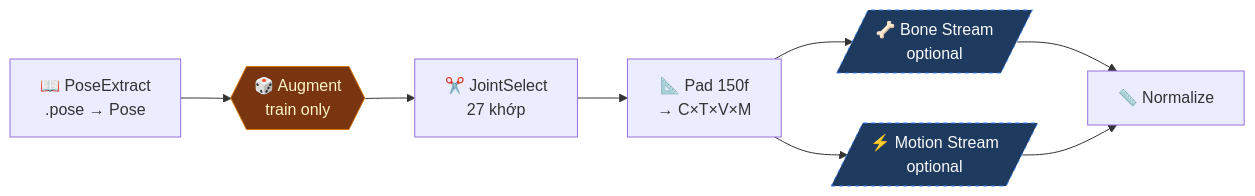
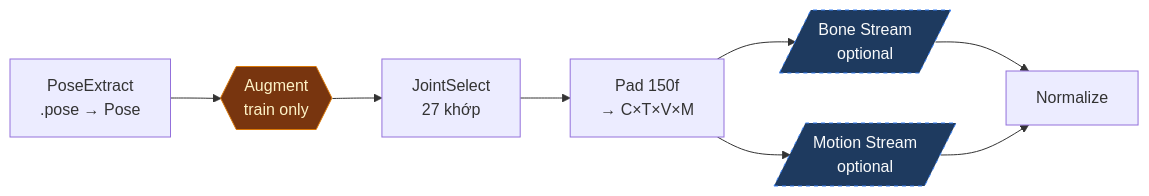
The third of 3 diagrams in docs/architecture_analysis.md (thanhbinh55/VietnameseSignLanguageRecognition_vsl400), drawn with Mermaid before and after one commit. The commit also changed other lines of this file, not shown here.

Commit message:
docs: remove emojis from mermaid diagrams

````diff
--- a/docs/architecture_analysis.md
+++ b/docs/architecture_analysis.md
@@ -153,17 +153,17 @@
 ```mermaid
 flowchart LR
-    G1["📖 PoseExtract\n.pose → Pose"]
-    G2{{"🎲 Augment\ntrain only"}}
-    G3["✂️ JointSelect\n27 khớp"]
-    G4["📐 Pad 150f\n→ C×T×V×M"]
-    G5[/"🦴 Bone Stream\noptional"/]
-    G6[/"⚡ Motion Stream\noptional"/]
-    G7["📏 Normalize"]
+    G1["PoseExtract\n.pose → Pose"]
+    G2{{"Augment\ntrain only"}}
+    G3["JointSelect\n27 khớp"]
+    G4["Pad 150f\n→ C×T×V×M"]
+    G5[/"Bone Stream\noptional"/]
+    G6[/"Motion Stream\noptional"/]
+    G7["Normalize"]
 
     G1 --> G2 --> G3 --> G4 --> G5 --> G7
     G4 --> G6 --> G7
 
     style G2 fill:#78350f,color:#fef3c7,stroke:#d97706
     style G5 fill:#1e3a5f,color:#f9fafb,stroke:#3b82f6,stroke-dasharray:4
     style G6 fill:#1e3a5f,color:#f9fafb,stroke:#3b82f6,stroke-dasharray:4
 ```
````
